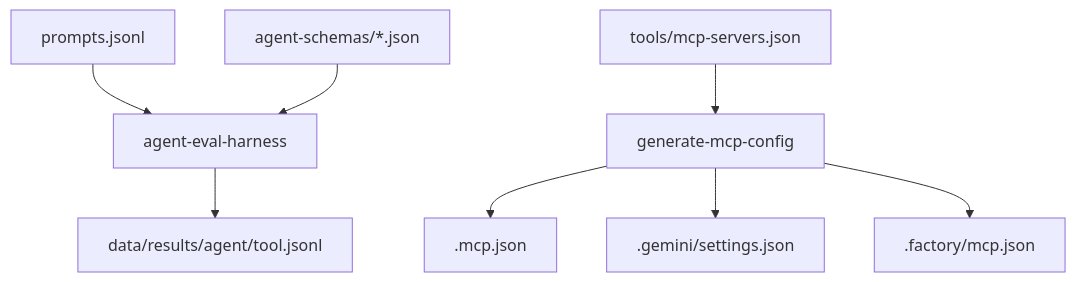
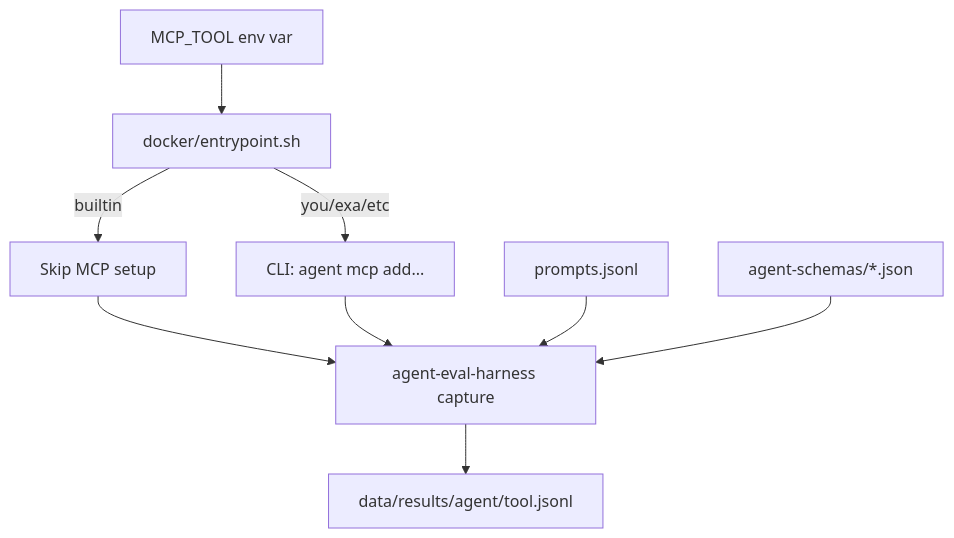
The diagram in README.md (youdotcom-oss/web-search-agent-evals), drawn with Mermaid before and after one commit. The commit also changed other lines of this file and 52 other files, not shown here.

First line of the commit message:
refactor: consolidate to flag-based MCP architecture

````diff
--- a/README.md
+++ b/README.md
@@ -16,10 +17,13 @@
 ```mermaid
 flowchart TD
-    Prompts[prompts.jsonl] --> Harness[agent-eval-harness]
+    Env[MCP_TOOL env var] --> Entrypoint[docker/entrypoint.sh]
+    Entrypoint -->|builtin| SkipMCP[Skip MCP setup]
+    Entrypoint -->|you/exa/etc| ConfigMCP[CLI: agent mcp add...]
+
+    SkipMCP --> Harness[agent-eval-harness capture]
+    ConfigMCP --> Harness
+
+    Prompts[prompts.jsonl] --> Harness
     Schemas[agent-schemas/*.json] --> Harness
-    MCP[tools/mcp-servers.json] --> Generate[generate-mcp-config]
-    Generate --> ClaudeConfig[.mcp.json]
-    Generate --> GeminiConfig[.gemini/settings.json]
-    Generate --> DroidConfig[.factory/mcp.json]
     Harness --> Results[data/results/agent/tool.jsonl]
 ```
````
